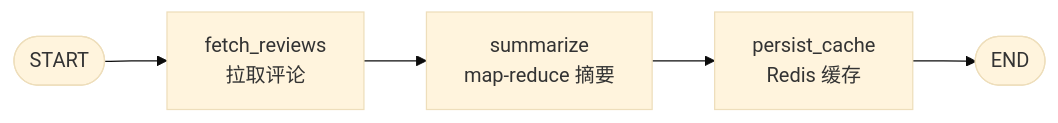
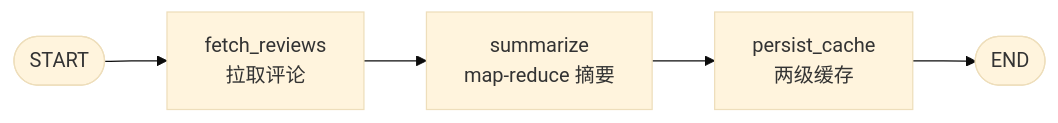
The fourth of 5 diagrams in docs/AI模块功能说明.md (jieHao333/PetVerse), drawn with Mermaid (base theme) before and after one commit. The commit also changed other lines of this file and 8 other files, not shown here.

````diff
--- a/docs/AI模块功能说明.md
+++ b/docs/AI模块功能说明.md
@@ -184,4 +185,4 @@
 ```mermaid
 flowchart LR
-    S([START]) --> FR["fetch_reviews<br/>拉取评论"] --> SM["summarize<br/>map-reduce 摘要"] --> PC["persist_cache<br/>Redis 缓存"] --> E([END])
+    S([START]) --> FR["fetch_reviews<br/>拉取评论"] --> SM["summarize<br/>map-reduce 摘要"] --> PC["persist_cache<br/>两级缓存"] --> E([END])
 ```
````
